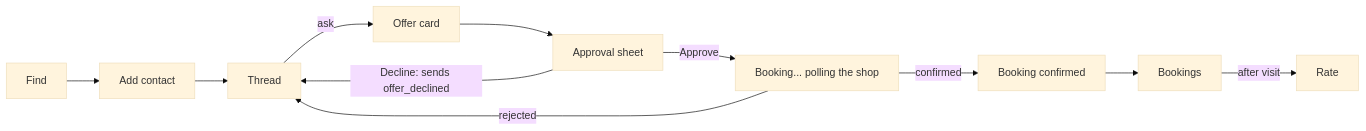
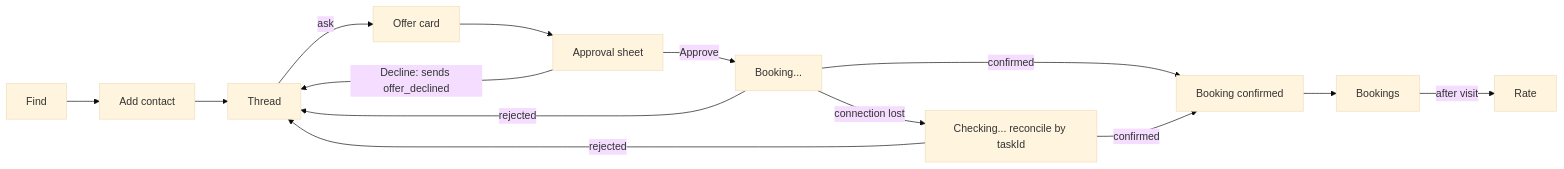
Before and after one commit to Jannisar01/hitchpost: the diagram in docs/sad/13-interfaces.md, drawn with Mermaid (base theme). The commit also changed other lines of this file and 23 other files, not shown here.

````diff
--- a/docs/sad/13-interfaces.md
+++ b/docs/sad/13-interfaces.md
@@ -118,12 +169,15 @@
 ```mermaid
 flowchart LR
   find[Find] --> add[Add contact] --> thread[Thread]
   thread -->|ask| offerCard[Offer card]
   offerCard --> sheet[Approval sheet]
-  sheet -->|Approve| waiting[Booking... polling the shop]
-  waiting -->|confirmed| confirmed[Booking confirmed]
-  waiting -->|rejected| thread
+  sheet -->|Approve| booking[Booking...]
+  booking -->|confirmed| confirmed[Booking confirmed]
+  booking -->|rejected| thread
+  booking -->|connection lost| checking[Checking... reconcile by taskId]
+  checking -->|confirmed| confirmed
+  checking -->|rejected| thread
   sheet -->|Decline: sends offer_declined| thread
   confirmed --> bookings[Bookings]
   bookings -->|after visit| rate[Rate]
 ```
````
